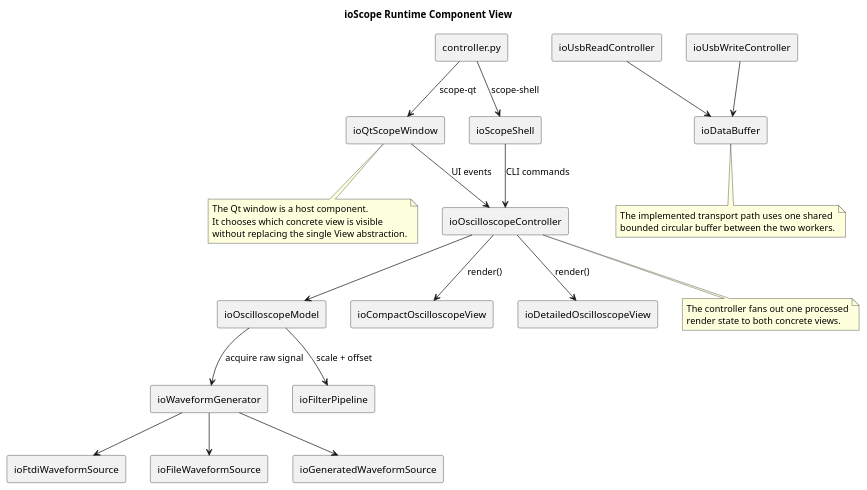
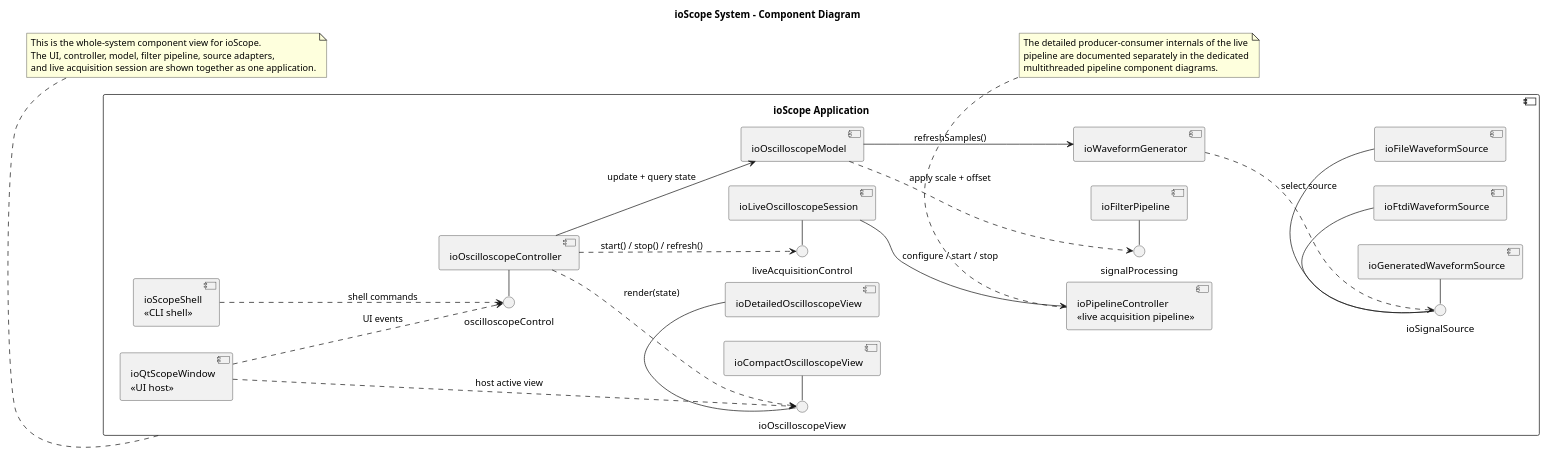
Before and after one commit to jcwilson11/FTDI-Oscilloscope: the diagram in docs/plantuml/io_scope_runtime_component.puml, drawn with PlantUML. The commit also changed 5 other files, not shown here.

Commit message:
updated component diagram

```diff
--- a/docs/plantuml/io_scope_runtime_component.puml
+++ b/docs/plantuml/io_scope_runtime_component.puml
@@ -1,52 +1,61 @@
 @startuml
-title ioScope Runtime Component View
-skinparam componentStyle rectangle
+title ioScope System - Component Diagram
+
+left to right direction
+skinparam componentStyle uml2
 skinparam shadowing false
 
-component "controller.py" as bootstrap
-component "ioQtScopeWindow" as qtWindow
-component "ioScopeShell" as shell
-component "ioOscilloscopeController" as controller
-component "ioOscilloscopeModel" as model
-component "ioCompactOscilloscopeView" as compactView
-component "ioDetailedOscilloscopeView" as detailedView
-component "ioWaveformGenerator" as generator
-component "ioFilterPipeline" as filterPipeline
-component "ioFtdiWaveformSource" as ftdiSource
-component "ioFileWaveformSource" as fileSource
-component "ioGeneratedWaveformSource" as generatedSource
-component "ioDataBuffer" as buffer
-component "ioUsbReadController" as readWorker
-component "ioUsbWriteController" as writeWorker
+component "ioScope Application" as ScopeApp {
+  component "ioQtScopeWindow\n<<UI host>>" as QtWindow
+  component "ioScopeShell\n<<CLI shell>>" as Shell
+  component "ioOscilloscopeController" as Controller
+  component "ioOscilloscopeModel" as Model
+  component "ioCompactOscilloscopeView" as CompactView
+  component "ioDetailedOscilloscopeView" as DetailedView
+  component "ioFilterPipeline" as FilterPipeline
+  component "ioWaveformGenerator" as Generator
+  component "ioGeneratedWaveformSource" as GeneratedSource
+  component "ioFileWaveformSource" as FileSource
+  component "ioFtdiWaveformSource" as FtdiSource
+  component "ioLiveOscilloscopeSession" as LiveSession
+  component "ioPipelineController\n<<live acquisition pipeline>>" as PipelineController
 
-bootstrap --> qtWindow : scope-qt
-bootstrap --> shell : scope-shell
-qtWindow --> controller : UI events
-shell --> controller : CLI commands
-controller --> model
-controller --> compactView : render()
-controller --> detailedView : render()
-model --> generator : acquire raw signal
-model --> filterPipeline : scale + offset
-generator --> ftdiSource
-generator --> fileSource
-generator --> generatedSource
-readWorker --> buffer
-writeWorker --> buffer
+  () "oscilloscopeControl" as OscilloscopeControl
+  () "ioOscilloscopeView" as ViewContract
+  () "signalProcessing" as SignalProcessing
+  () "ioSignalSource" as SignalSource
+  () "liveAcquisitionControl" as LiveAcquisitionControl
+}
 
-note bottom of controller
-The controller fans out one processed
-render state to both concrete views.
+OscilloscopeControl - Controller
+ViewContract - CompactView
+ViewContract - DetailedView
+SignalProcessing - FilterPipeline
+SignalSource - GeneratedSource
+SignalSource - FileSource
+SignalSource - FtdiSource
+LiveAcquisitionControl - LiveSession
+
+QtWindow ..> OscilloscopeControl : UI events
+Shell ..> OscilloscopeControl : shell commands
+QtWindow ..> ViewContract : host active view
+Controller ..> ViewContract : render(state)
+Controller --> Model : update + query state
+Controller ..> LiveAcquisitionControl : start() / stop() / refresh()
+Model ..> SignalProcessing : apply scale + offset
+Model --> Generator : refreshSamples()
+Generator ..> SignalSource : select source
+LiveSession --> PipelineController : configure / start / stop
+
+note bottom of ScopeApp
+This is the whole-system component view for ioScope.
+The UI, controller, model, filter pipeline, source adapters,
+and live acquisition session are shown together as one application.
 end note
 
-note bottom of qtWindow
-The Qt window is a host component.
-It chooses which concrete view is visible
-without replacing the single View abstraction.
-end note
-
-note bottom of buffer
-The implemented transport path uses one shared
-bounded circular buffer between the two workers.
+note bottom of PipelineController
+The detailed producer-consumer internals of the live
+pipeline are documented separately in the dedicated
+multithreaded pipeline component diagrams.
 end note
 @enduml
```
